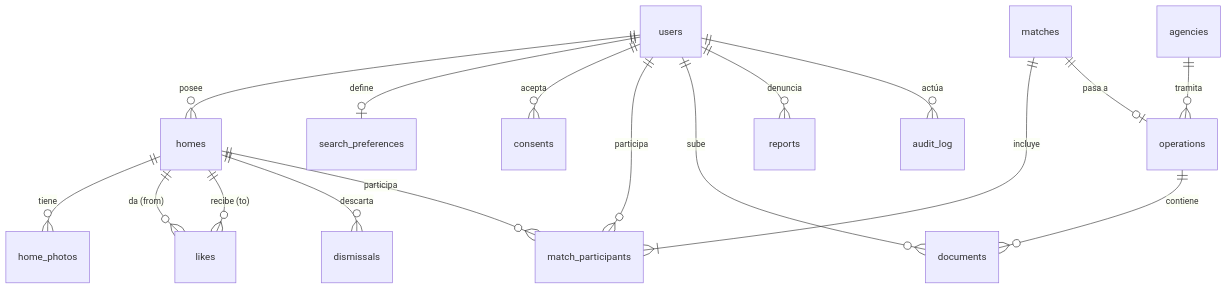
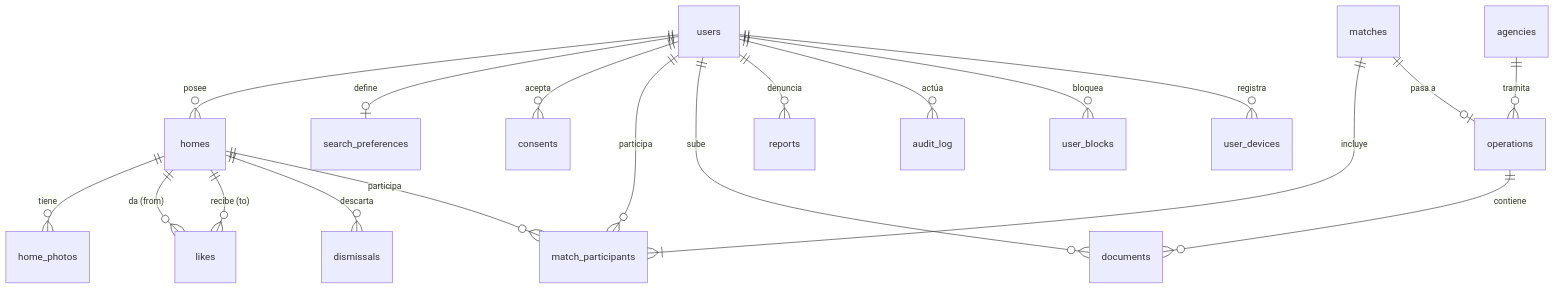
One commit to lcasadov/ChangeHouse changed the first of 4 diagrams in docs/datamodel.md. Above: the diagram before and after it, drawn with Mermaid. The commit also changed other lines of this file and 11 other files, not shown here.

````diff
--- a/docs/datamodel.md
+++ b/docs/datamodel.md
@@ -19,19 +19,21 @@
 ```mermaid
 erDiagram
     users ||--o{ homes : "posee"
     users ||--o| search_preferences : "define"
     users ||--o{ consents : "acepta"
     homes ||--o{ home_photos : "tiene"
     homes ||--o{ likes : "da (from)"
     homes ||--o{ likes : "recibe (to)"
     homes ||--o{ dismissals : "descarta"
     matches ||--|{ match_participants : "incluye"
     homes ||--o{ match_participants : "participa"
     users ||--o{ match_participants : "participa"
     matches ||--o| operations : "pasa a"
     agencies ||--o{ operations : "tramita"
     operations ||--o{ documents : "contiene"
     users ||--o{ documents : "sube"
     users ||--o{ reports : "denuncia"
     users ||--o{ audit_log : "actúa"
+    users ||--o{ user_blocks : "bloquea"
+    users ||--o{ user_devices : "registra"
 ```
````
